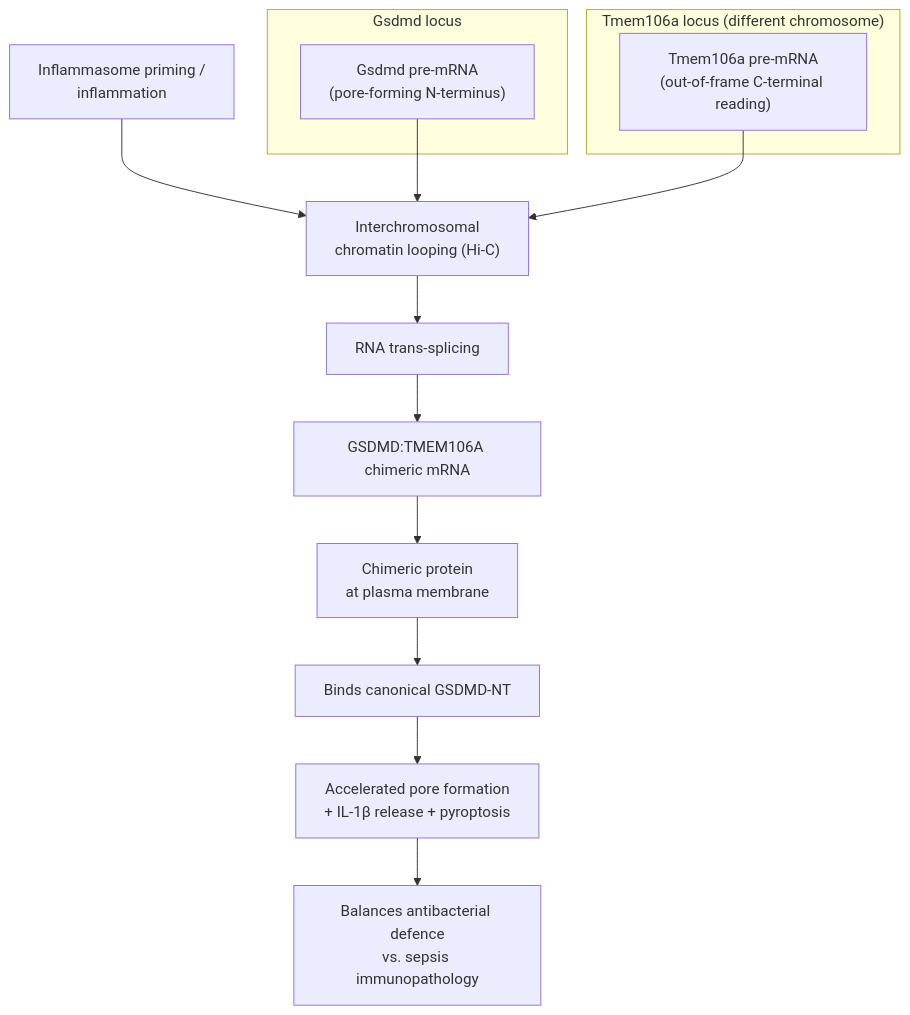
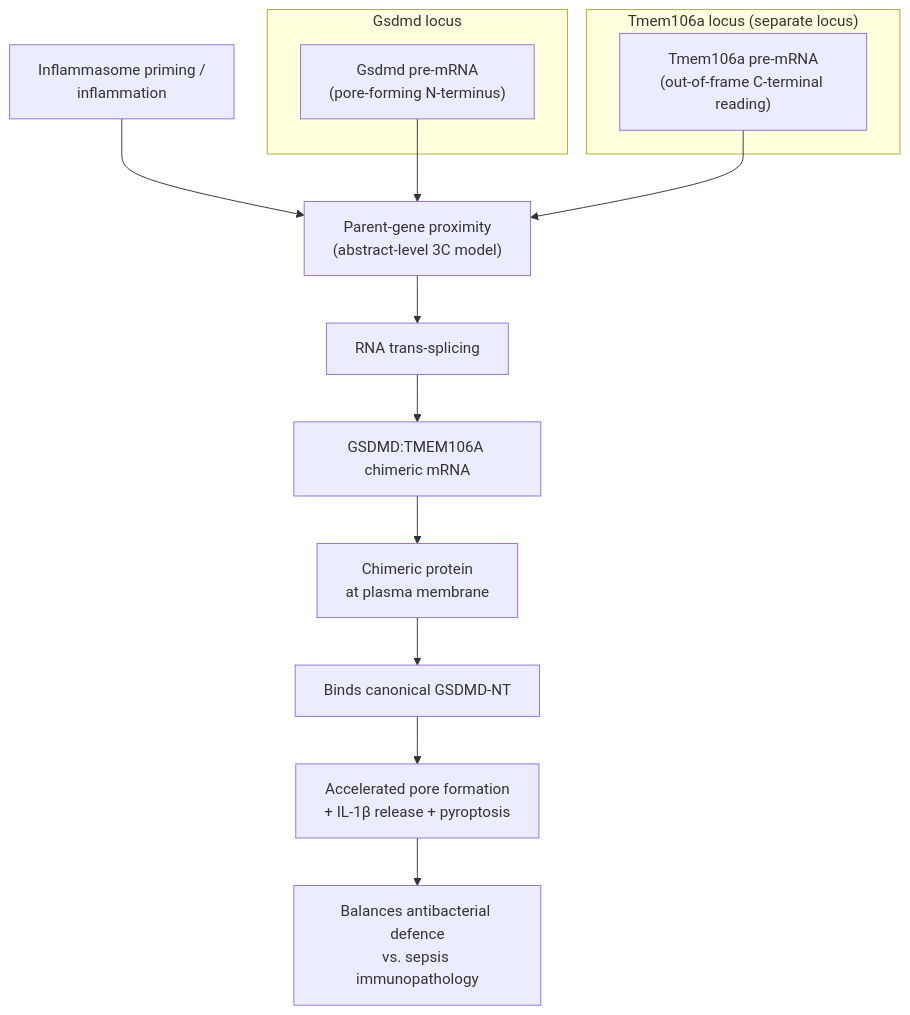
Before and after one commit to ai4curation/ai-gene-review: the diagram in projects/CHIMERIC_MRNA_IMMUNITY.md, drawn with Mermaid. The commit also changed other lines of this file and 259 other files, not shown here.

````diff
--- a/projects/CHIMERIC_MRNA_IMMUNITY.md
+++ b/projects/CHIMERIC_MRNA_IMMUNITY.md
@@ -91,18 +88,18 @@
 ```mermaid
 flowchart TB
     subgraph locusA["Gsdmd locus"]
       G["Gsdmd pre-mRNA<br/>(pore-forming N-terminus)"]
     end
-    subgraph locusB["Tmem106a locus (different chromosome)"]
+    subgraph locusB["Tmem106a locus (separate locus)"]
       T["Tmem106a pre-mRNA<br/>(out-of-frame C-terminal reading)"]
     end
-    INF["Inflammasome priming /<br/>inflammation"] --> LOOP["Interchromosomal<br/>chromatin looping (Hi-C)"]
+    INF["Inflammasome priming /<br/>inflammation"] --> LOOP["Parent-gene proximity<br/>(abstract-level 3C model)"]
     G --> LOOP
     T --> LOOP
     LOOP --> TS["RNA trans-splicing"]
     TS --> CHI["GSDMD:TMEM106A chimeric mRNA"]
     CHI --> PROT["Chimeric protein<br/>at plasma membrane"]
     PROT --> COOP["Binds canonical GSDMD-NT"]
     COOP --> PORE["Accelerated pore formation<br/>+ IL-1β release + pyroptosis"]
     PORE --> BAL["Balances antibacterial defence<br/>vs. sepsis immunopathology"]
 ```
````
